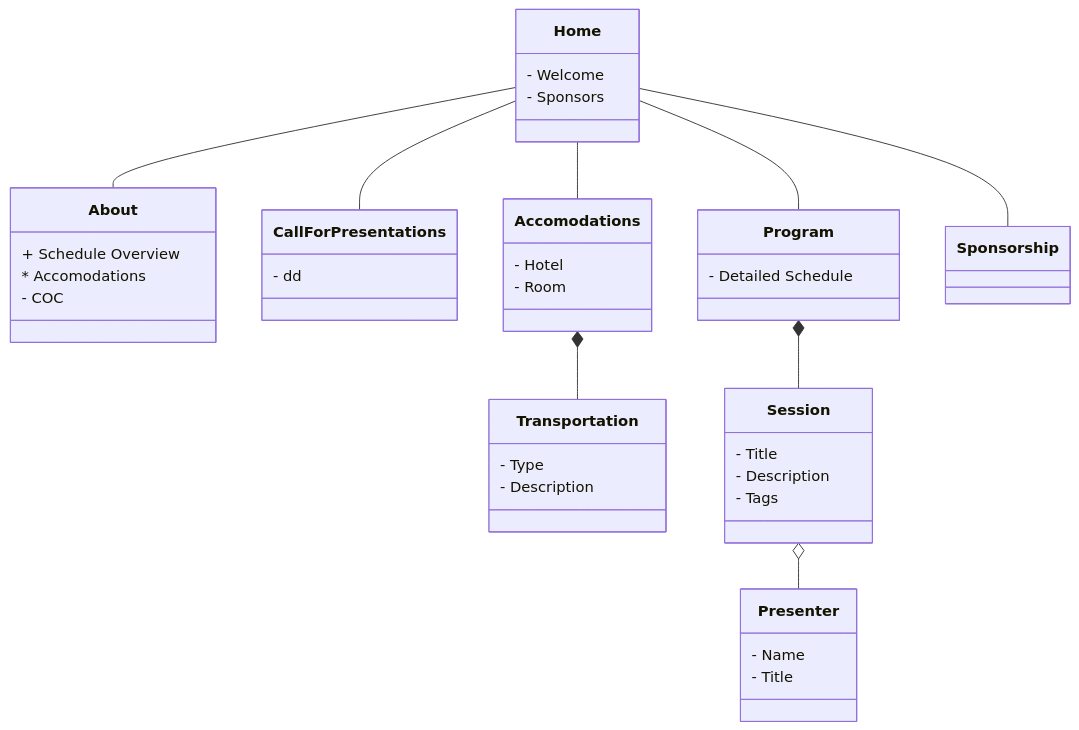
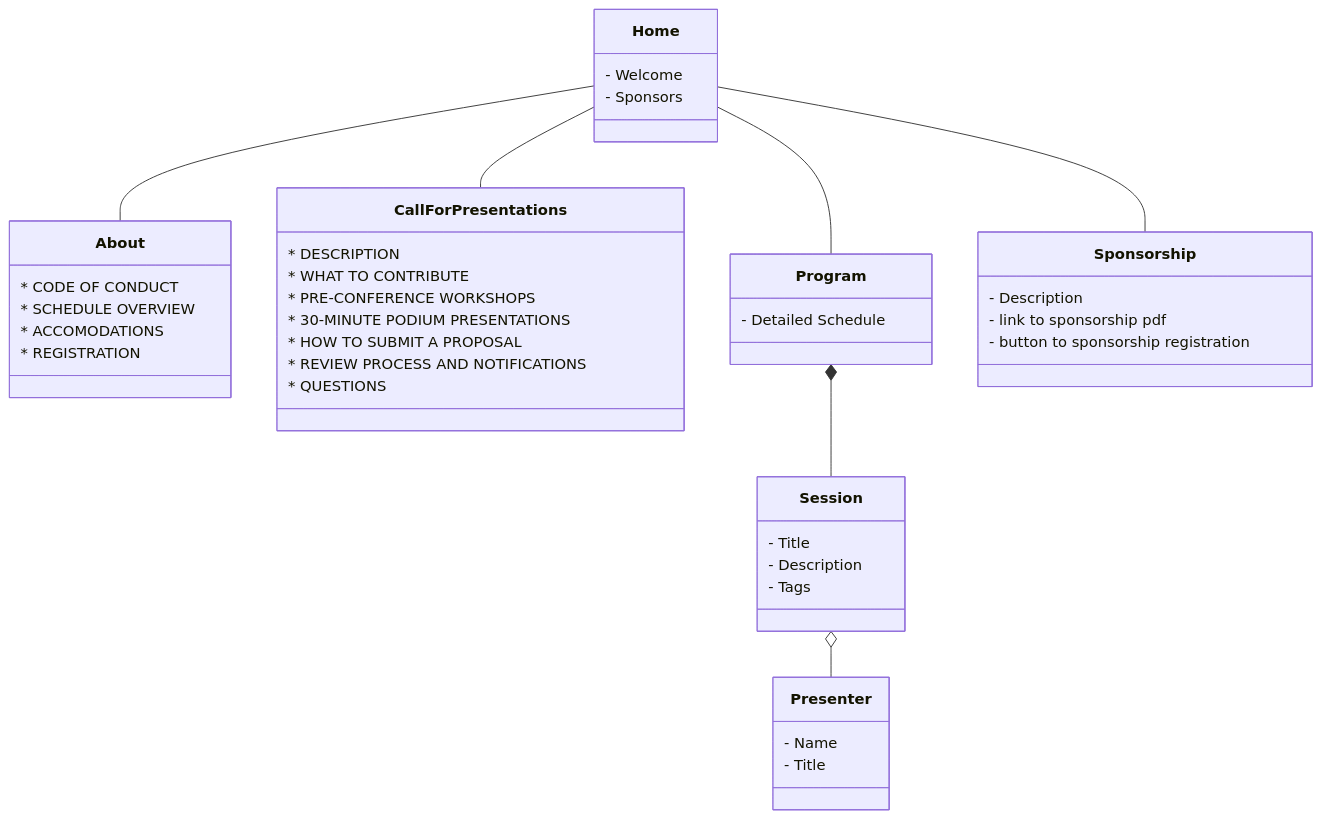
One commit to OSGeo-US/foss4g-na-2023 changed the diagram in README.md. Above: the diagram before and after it, drawn with Mermaid. The commit also changed other lines of this file and 3 other files, not shown here.

Commit message:
👌 IMPROVE: add about link on index and page nav

````diff
--- a/README.md
+++ b/README.md
@@ -5,37 +3,39 @@
 ```mermaid
 classDiagram
     Home -- About
     Home -- CallForPresentations
-    Home -- Accomodations
     Home -- Program
     Home -- Sponsorship
     Home : - Welcome
     Home : - Sponsors
 
-    About : + Schedule Overview
-    About : * Accomodations
-    About : - COC
+    About : * CODE OF CONDUCT
+    About : * SCHEDULE OVERVIEW
+    About : * ACCOMODATIONS
+    About : * REGISTRATION
 
-    CallForPresentations : - dd
+    CallForPresentations : * DESCRIPTION
+    CallForPresentations : * WHAT TO CONTRIBUTE
+    CallForPresentations : * PRE-CONFERENCE WORKSHOPS
+    CallForPresentations : * 30-MINUTE PODIUM PRESENTATIONS
+    CallForPresentations : * HOW TO SUBMIT A PROPOSAL
+    CallForPresentations : * REVIEW PROCESS AND NOTIFICATIONS
+    CallForPresentations : * QUESTIONS
 
-    Accomodations : - Hotel
-    Accomodations : - Room
-    Accomodations *-- Transportation
-
-    Transportation : - Type
-    Transportation : - Description
-
+    Sponsorship : - Description
+    Sponsorship : - link to sponsorship pdf
+    Sponsorship : - button to sponsorship registration
 
     Program *-- Session
     Program : - Detailed Schedule
 
     Session : - Title
     Session : - Description
     Session : - Tags
     Session o-- Presenter
 
     Presenter : - Name
     Presenter : - Title
 
 
 ```
````
